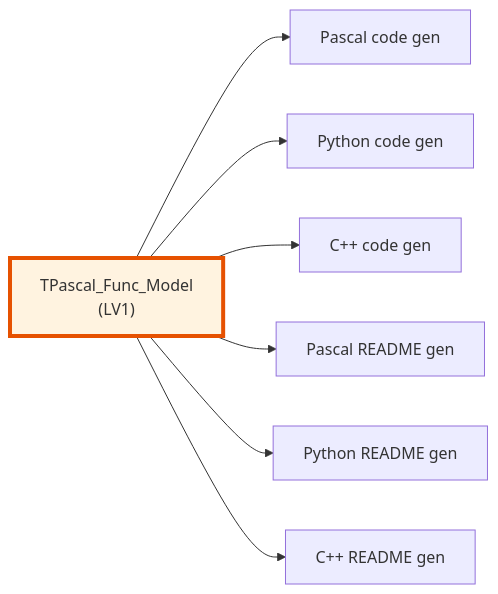
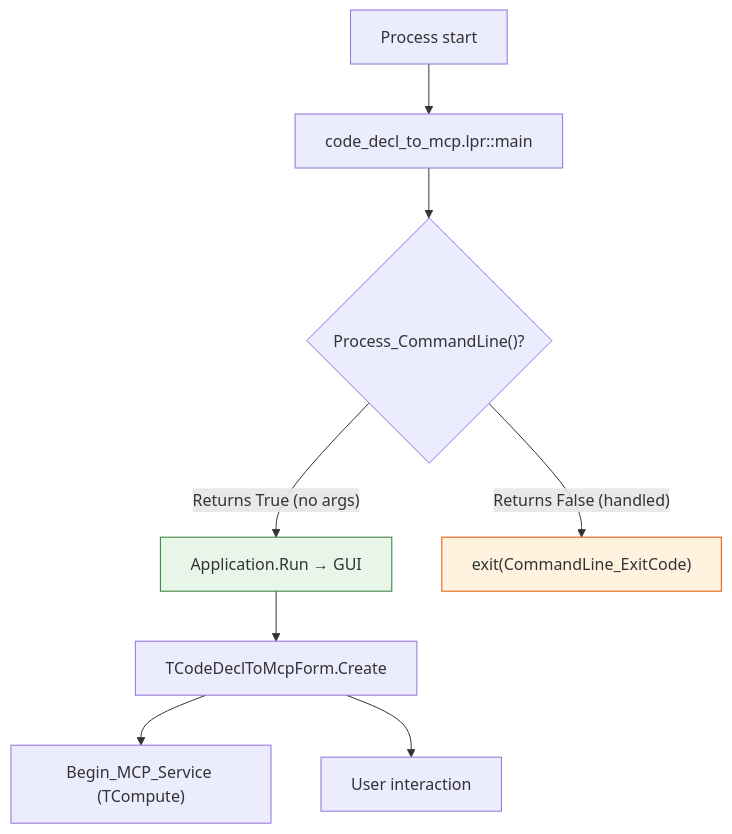
One commit to PassByYou888/LingoFuse-Tools changed the second of 7 diagrams in src/pascal_c_to_mcp/code_decl_to_mcp_knowledge_base.md. Above: the diagram before and after it, drawn with Mermaid. The commit also changed other lines of this file and 35 other files, not shown here.

````diff
--- a/src/pascal_c_to_mcp/code_decl_to_mcp_knowledge_base.md
+++ b/src/pascal_c_to_mcp/code_decl_to_mcp_knowledge_base.md
@@ -197,11 +133,13 @@
 ```mermaid
-flowchart LR
-    M["TPascal_Func_Model<br/>(LV1)"] --> C1["Pascal code gen"]
-    M --> C2["Python code gen"]
-    M --> C3["C++ code gen"]
-    M --> R1["Pascal README gen"]
-    M --> R2["Python README gen"]
-    M --> R3["C++ README gen"]
+flowchart TD
+    Start["Process start"] --> A["code_decl_to_mcp.lpr::main"]
+    A --> B{"Process_CommandLine()?"}
+    B -- "Returns True (no args)" --> C["Application.Run → GUI"]
+    B -- "Returns False (handled)" --> D["exit(CommandLine_ExitCode)"]
+    C --> E["TCodeDeclToMcpForm.Create"]
+    E --> F["Begin_MCP_Service (TCompute)"]
+    E --> G["User interaction"]
 
-    style M fill:#fff3e0,stroke:#e65100,stroke-width:4px
+    style C fill:#e8f5e9,stroke:#2e7d32
+    style D fill:#fff3e0,stroke:#e65100
 ```
````
